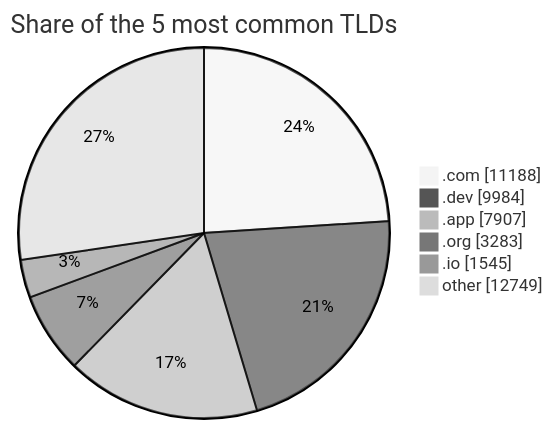
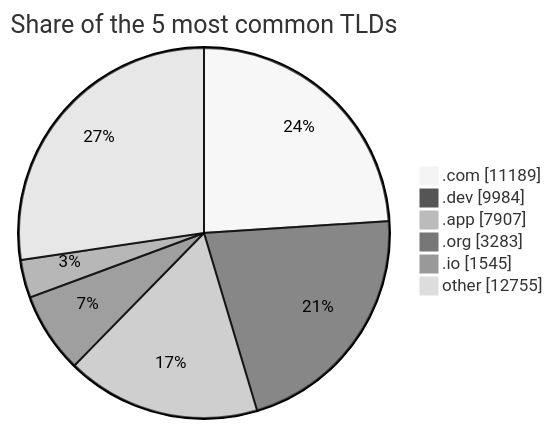
Before and after one commit to DNSBunker/CTI: the third of 3 diagrams in README.md, drawn with Mermaid (neutral theme). The commit also changed other lines of this file and 3 other files, not shown here.

````diff
--- a/README.md
+++ b/README.md
@@ -81,9 +81,9 @@
 ```mermaid
 pie showData title Share of the 5 most common TLDs
-    ".com" : 11188
+    ".com" : 11189
     ".dev" : 9984
     ".app" : 7907
     ".org" : 3283
     ".io" : 1545
-    "other" : 12749
+    "other" : 12755
 ```
````
